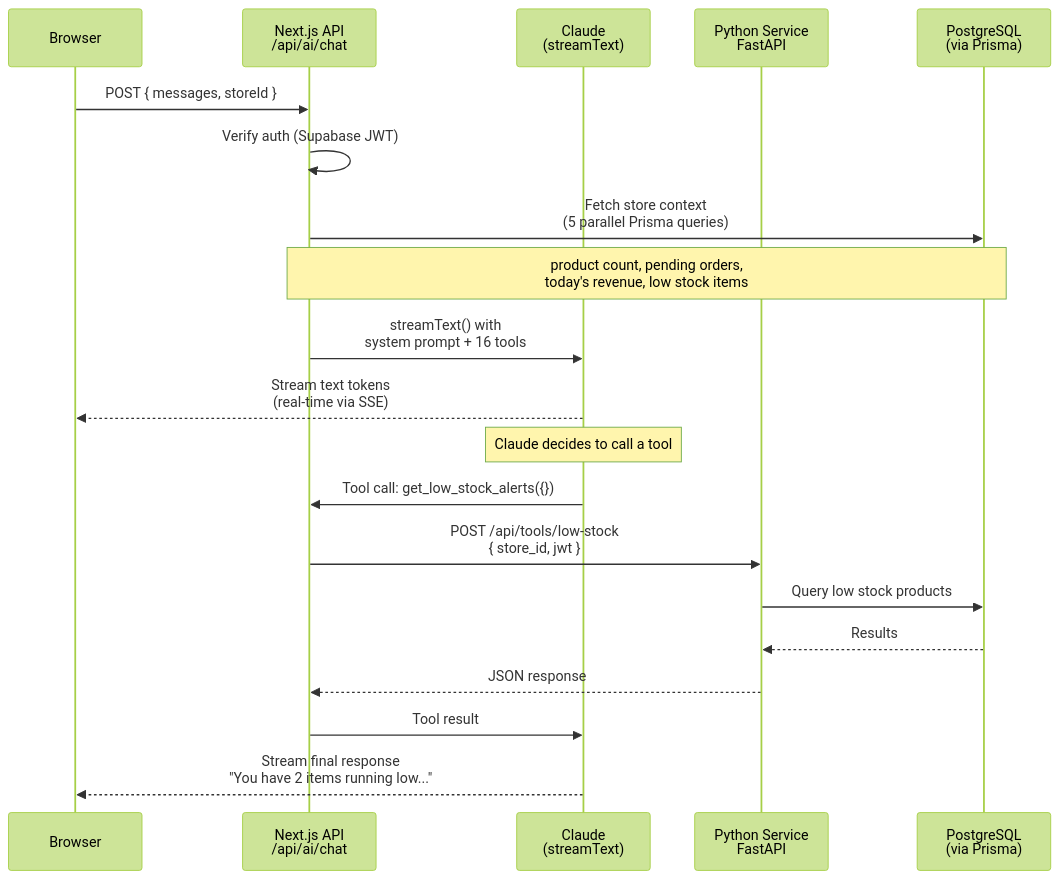
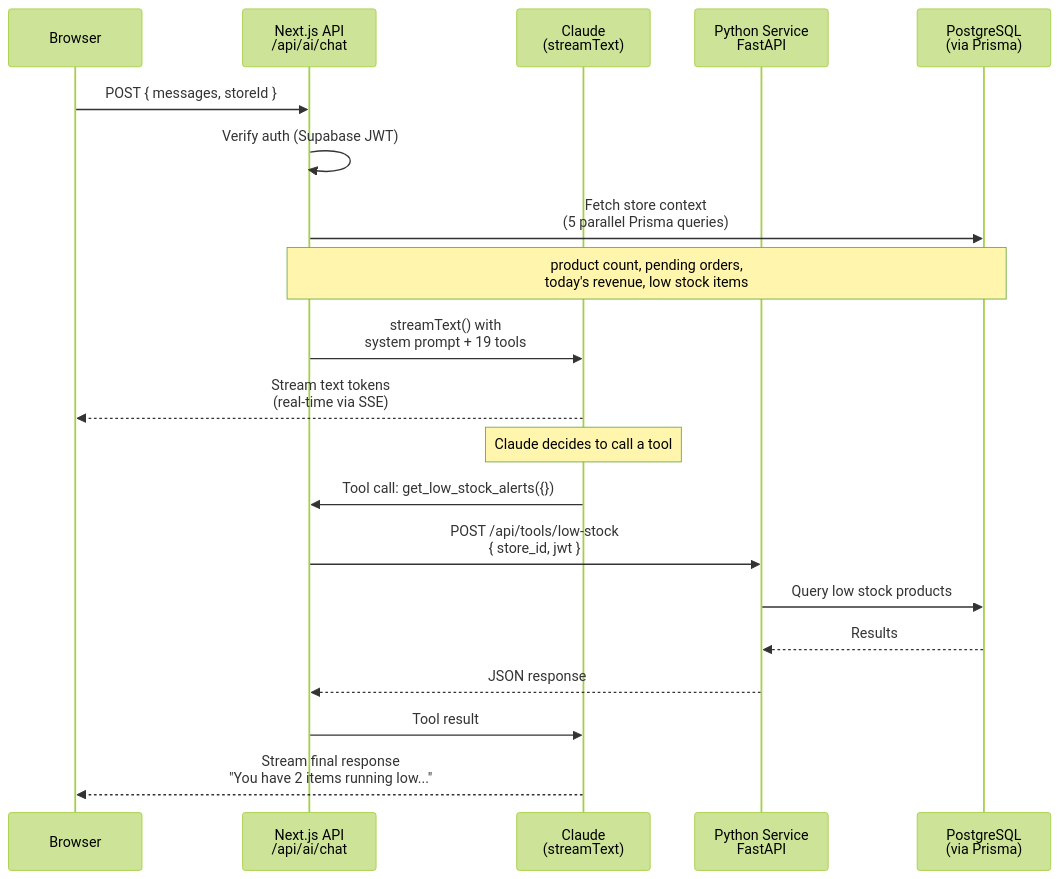
The first of 3 diagrams in docs/ARCHITECTURE.md (khamseaffan/stoca), drawn with Mermaid (forest theme) before and after one commit. The commit also changed other lines of this file and 4 other files, not shown here.

First line of the commit message:
docs: update API, components, architecture, and README

````diff
--- a/docs/ARCHITECTURE.md
+++ b/docs/ARCHITECTURE.md
@@ -16,26 +16,26 @@
 ```mermaid
 sequenceDiagram
     participant Browser
     participant NextJS as Next.js API<br/>/api/ai/chat
     participant Claude as Claude<br/>(streamText)
     participant Python as Python Service<br/>FastAPI
     participant DB as PostgreSQL<br/>(via Prisma)
 
     Browser->>NextJS: POST { messages, storeId }
     NextJS->>NextJS: Verify auth (Supabase JWT)
     NextJS->>DB: Fetch store context<br/>(5 parallel Prisma queries)
     Note over NextJS,DB: product count, pending orders,<br/>today's revenue, low stock items
-    NextJS->>Claude: streamText() with<br/>system prompt + 16 tools
+    NextJS->>Claude: streamText() with<br/>system prompt + 19 tools
     
     Claude-->>Browser: Stream text tokens<br/>(real-time via SSE)
     
     Note over Claude: Claude decides to call a tool
     Claude->>NextJS: Tool call: get_low_stock_alerts({})
     NextJS->>Python: POST /api/tools/low-stock<br/>{ store_id, jwt }
     Python->>DB: Query low stock products
     DB-->>Python: Results
     Python-->>NextJS: JSON response
     NextJS->>Claude: Tool result
     
     Claude-->>Browser: Stream final response<br/>"You have 2 items running low..."
 ```
````
